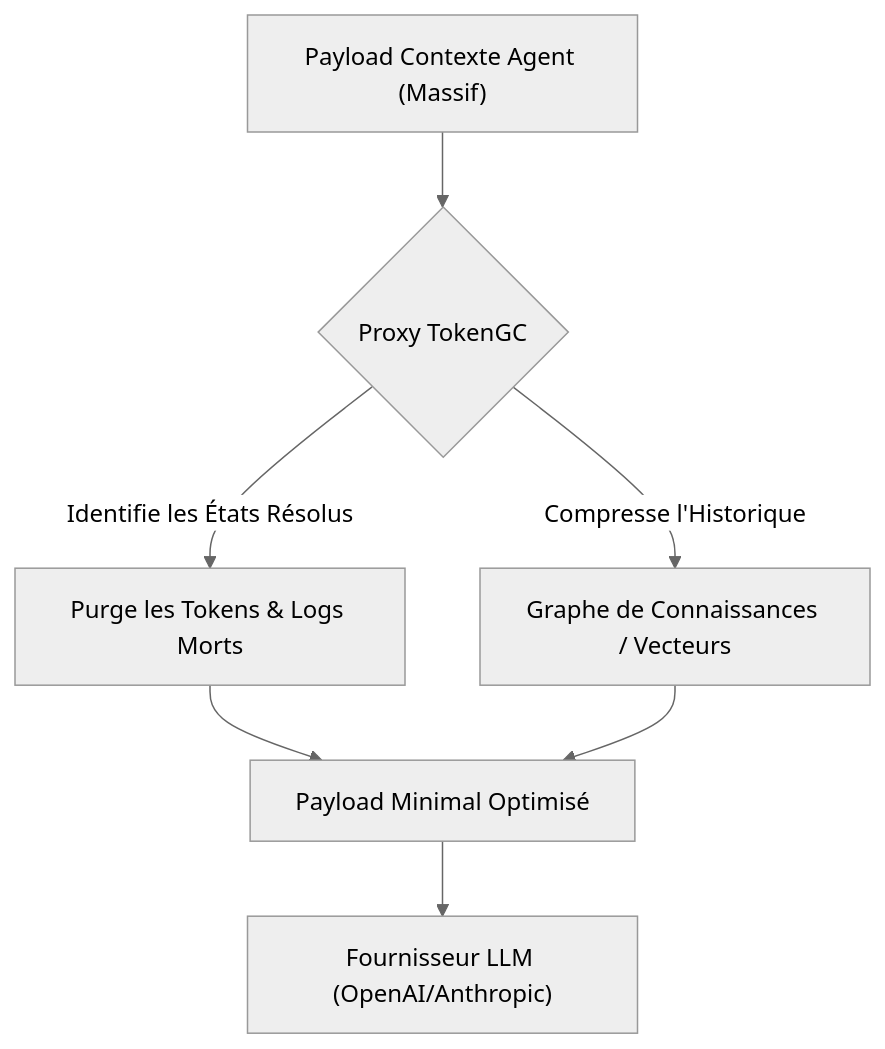
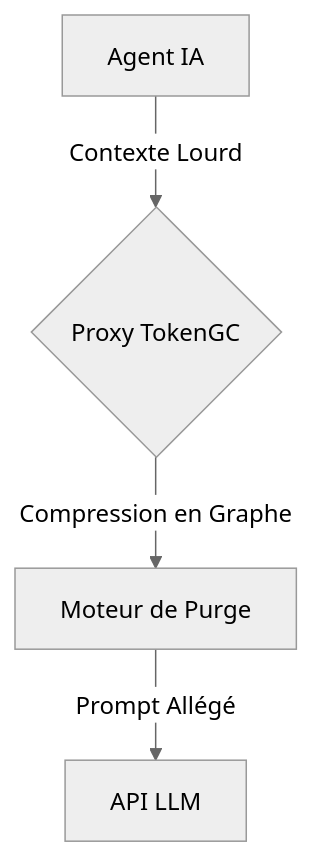
Before and after one commit to flouzzy/top-100-ai-startup-ideas: the first of 2 diagrams in ideas/token-gc/README.fr.md, drawn with Mermaid (neutral theme). The commit also changed other lines of this file and 41 other files, not shown here.

````diff
--- a/ideas/token-gc/README.fr.md
+++ b/ideas/token-gc/README.fr.md
@@ -17,9 +17,7 @@
 ```mermaid
 graph TD
-    A["Payload Contexte Agent (Massif)"] --> B{"Proxy TokenGC"}
-    B -->|Identifie les États Résolus| C["Purge les Tokens & Logs Morts"]
-    B -->|Compresse l'Historique| D["Graphe de Connaissances / Vecteurs"]
-    C --> E["Payload Minimal Optimisé"]
-    D --> E
-    E --> F["Fournisseur LLM (OpenAI/Anthropic)"]
+    %% Architecture
+    A["Agent IA"] -->|Contexte Lourd| B{"Proxy TokenGC"}
+    B -->|Compression en Graphe| C["Moteur de Purge"]
+    C -->|Prompt Allégé| D["API LLM"]
 ```
````
